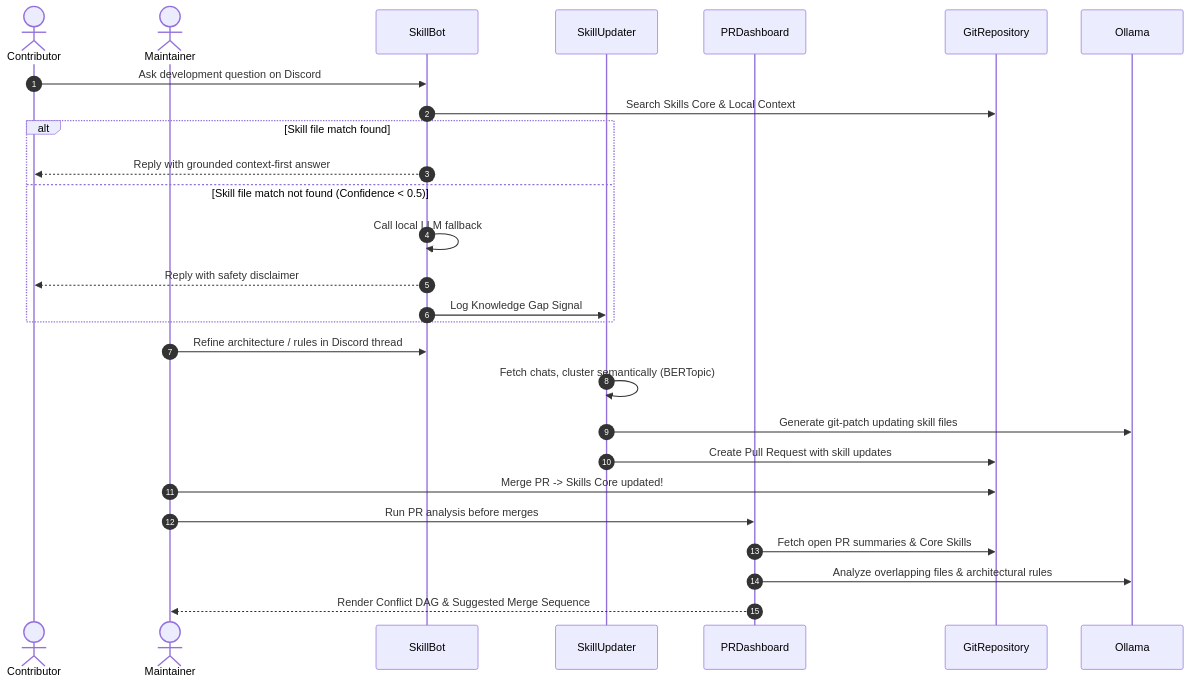
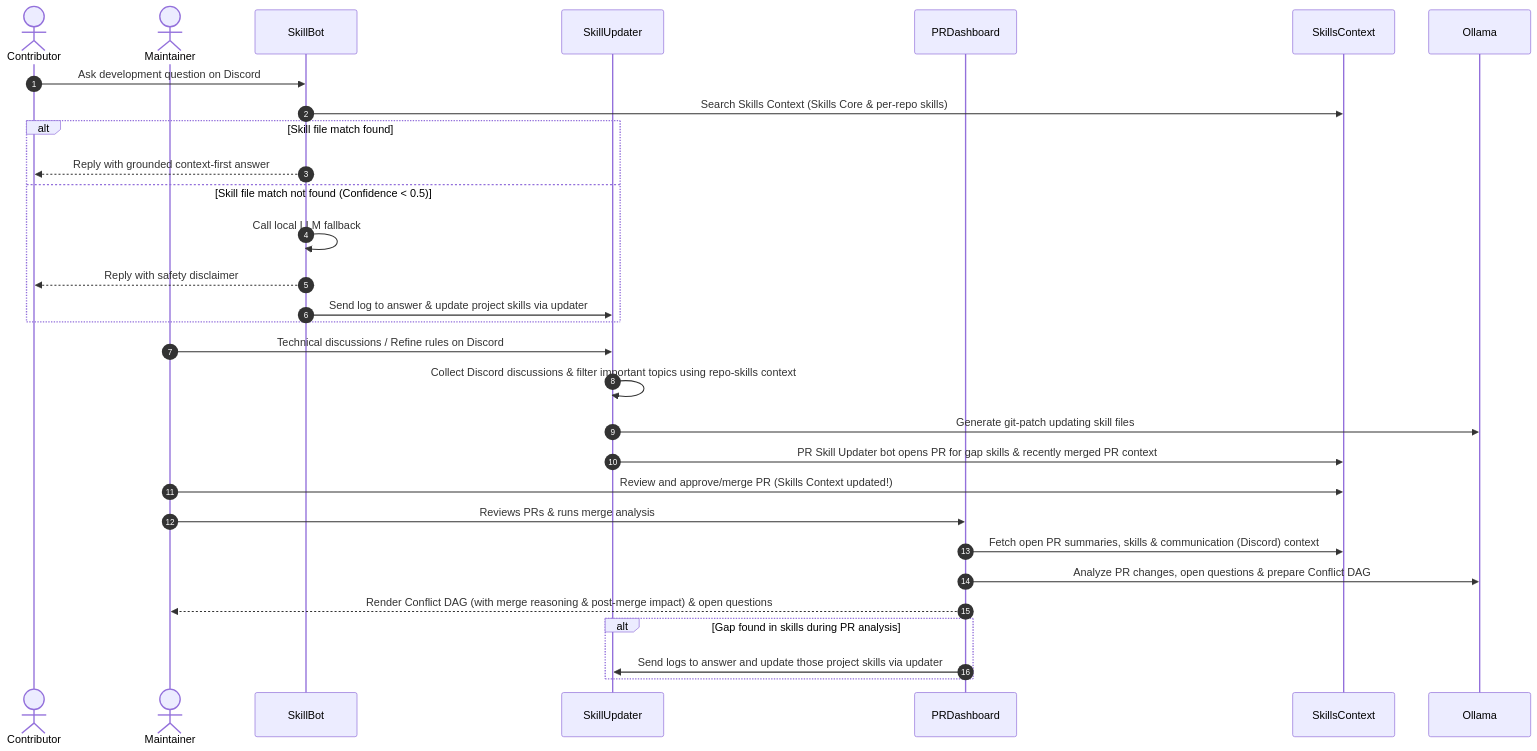
One commit to kpj2006/Skills changed the second of 2 diagrams in README.md. Above: the diagram before and after it, drawn with Mermaid.

Commit message:
docs: update architecture diagrams to reflect SkillsContext integration

````diff
--- a/README.md
+++ b/README.md
@@ -133,34 +133,38 @@
 ```mermaid
 sequenceDiagram
     autonumber
     actor Contributor
     actor Maintainer
     participant SkillBot
     participant SkillUpdater
     participant PRDashboard
-    participant GitRepository
+    participant SkillsContext
+    participant Ollama
 
     %% Flow 1: Developer Q&A
     Contributor->>SkillBot: Ask development question on Discord
-    SkillBot->>GitRepository: Search Skills Core & Local Context
+    SkillBot->>SkillsContext: Search Skills Context (Skills Core & per-repo skills)
     alt Skill file match found
         SkillBot-->>Contributor: Reply with grounded context-first answer
     else Skill file match not found (Confidence < 0.5)
         SkillBot->>SkillBot: Call local LLM fallback
         SkillBot-->>Contributor: Reply with safety disclaimer
-        SkillBot->>SkillUpdater: Log Knowledge Gap Signal
+        SkillBot->>SkillUpdater: Send log to answer & update project skills via updater
     end
 
     %% Flow 2: Knowledge Capture Loop
-    Maintainer->>SkillBot: Refine architecture / rules in Discord thread
-    SkillUpdater->>SkillUpdater: Fetch chats, cluster semantically (BERTopic)
+    Maintainer->>SkillUpdater: Technical discussions / Refine rules on Discord
+    SkillUpdater->>SkillUpdater: Collect Discord discussions & filter important topics using repo-skills context
     SkillUpdater->>Ollama: Generate git-patch updating skill files
-    SkillUpdater->>GitRepository: Create Pull Request with skill updates
-    Maintainer->>GitRepository: Merge PR -> Skills Core updated!
+    SkillUpdater->>SkillsContext: PR Skill Updater bot opens PR for gap skills & recently merged PR context
+    Maintainer->>SkillsContext: Review and approve/merge PR (Skills Context updated!)
 
     %% Flow 3: Code Review & Conflict Analysis
-    Maintainer->>PRDashboard: Run PR analysis before merges
-    PRDashboard->>GitRepository: Fetch open PR summaries & Core Skills
-    PRDashboard->>Ollama: Analyze overlapping files & architectural rules
-    PRDashboard-->>Maintainer: Render Conflict DAG & Suggested Merge Sequence
+    Maintainer->>PRDashboard: Reviews PRs & runs merge analysis
+    PRDashboard->>SkillsContext: Fetch open PR summaries, skills & communication (Discord) context
+    PRDashboard->>Ollama: Analyze PR changes, open questions & prepare Conflict DAG
+    PRDashboard-->>Maintainer: Render Conflict DAG (with merge reasoning & post-merge impact) & open questions
+    alt Gap found in skills during PR analysis
+        PRDashboard->>SkillUpdater: Send logs to answer and update those project skills via updater
+    end
 ```
````
